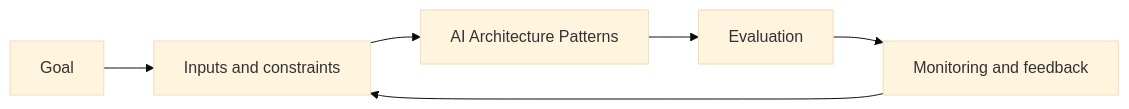
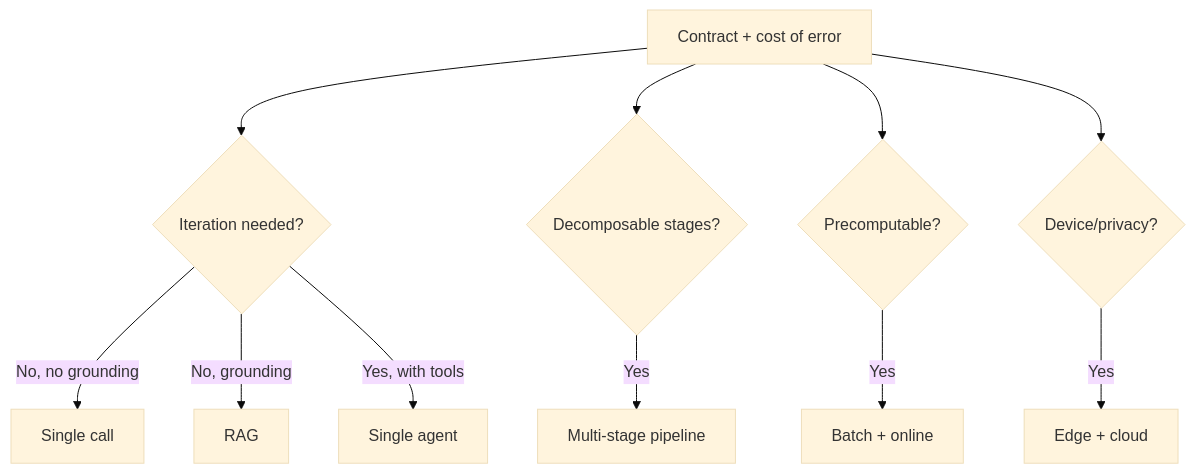
One commit to Icon1cc/Machine-Learning changed the diagram in production-ai/02-ai-architecture-patterns.md. Above: the diagram before and after it, drawn with Mermaid (base theme). The commit also changed other lines of this file and 264 other files, not shown here.

````diff
--- a/production-ai/02-ai-architecture-patterns.md
+++ b/production-ai/02-ai-architecture-patterns.md
@@ -92,8 +270,13 @@
 ```mermaid
-flowchart LR
-    A[Goal] --> B[Inputs and constraints]
-    B --> C[AI Architecture Patterns]
-    C --> D[Evaluation]
-    D --> E[Monitoring and feedback]
-    E --> B
+flowchart TD
+    C[Contract + cost of error] --> S{Iteration needed?}
+    S -- No, no grounding --> SC[Single call]
+    S -- No, grounding --> RAG[RAG]
+    S -- Yes, with tools --> A[Single agent]
+    C --> D{Decomposable stages?}
+    D -- Yes --> P[Multi-stage pipeline]
+    C --> B{Precomputable?}
+    B -- Yes --> BO[Batch + online]
+    C --> E{Device/privacy?}
+    E -- Yes --> EC[Edge + cloud]
 ```
````
